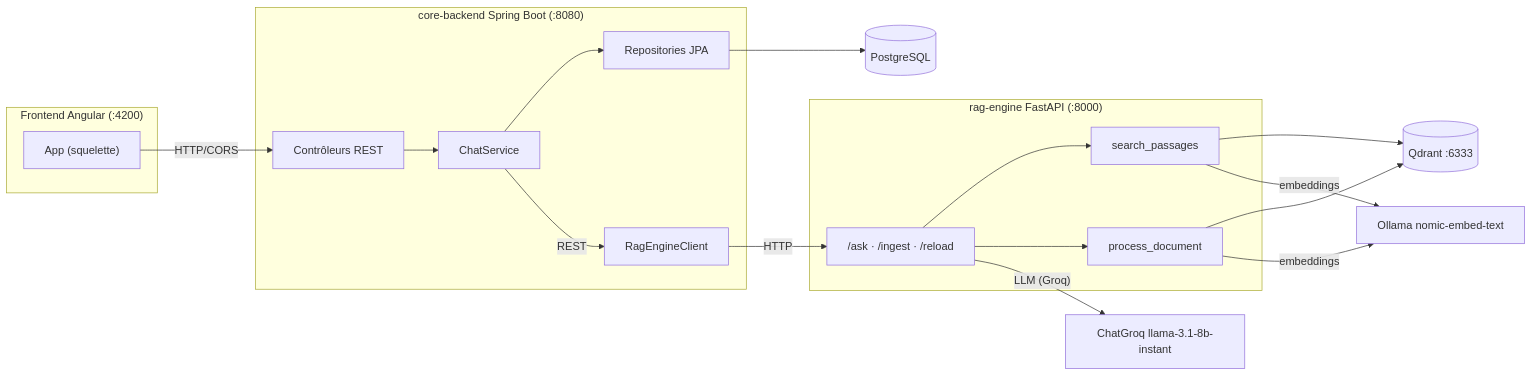
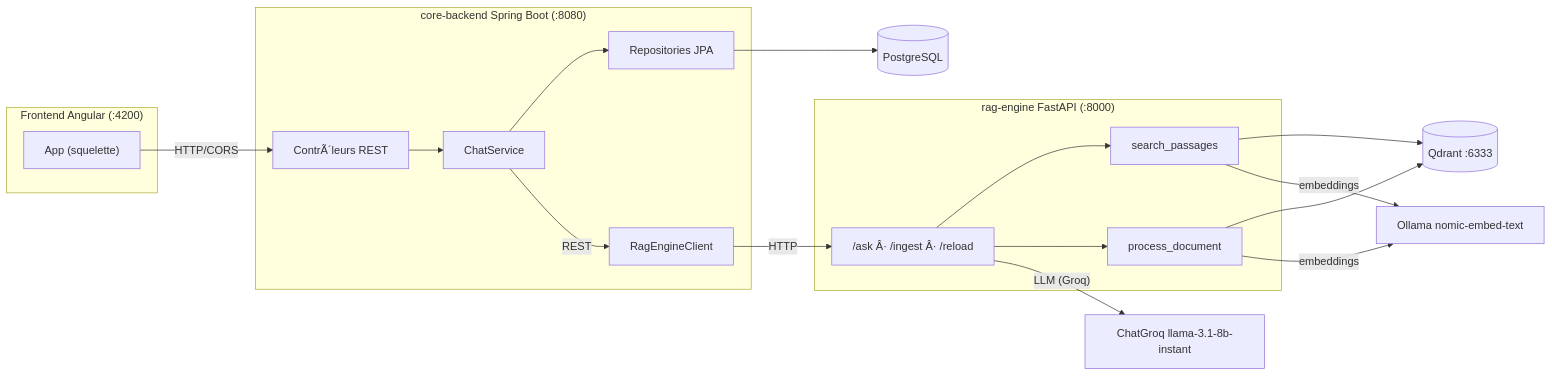
The first of 5 diagrams in DOCUMENTATION.md (chahmed12/enterprise-rag-assistant), drawn with Mermaid before and after one commit. The commit also changed other lines of this file and 42 other files, not shown here.

````diff
--- a/DOCUMENTATION.md
+++ b/DOCUMENTATION.md
@@ -41,33 +41,33 @@
 ```mermaid
 flowchart LR
     subgraph FE["Frontend Angular (:4200)"]
         APP["App (squelette)"]
     end
 
     subgraph BE["core-backend Spring Boot (:8080)"]
-        CTRL["Contrôleurs REST"]
+        CTRL["ContrÃ´leurs REST"]
         SVC["ChatService"]
         REPO["Repositories JPA"]
         CLIENT["RagEngineClient"]
     end
 
     subgraph RE["rag-engine FastAPI (:8000)"]
-        API["/ask · /ingest · /reload"]
+        API["/ask Â· /ingest Â· /reload"]
         PRO["process_document"]
         RET["search_passages"]
     end
 
     PG[(PostgreSQL)]
     QD[(Qdrant :6333)]
 
     APP -- HTTP/CORS --> CTRL
     CTRL --> SVC
     SVC --> REPO --> PG
     SVC -- REST --> CLIENT
     CLIENT -- HTTP --> API
     API --> RET --> QD
     API --> PRO --> QD
     API -- "LLM (Groq)" --> LLM["ChatGroq llama-3.1-8b-instant"]
     PRO -- "embeddings" --> EM["Ollama nomic-embed-text"]
     RET -- "embeddings" --> EM
 ```
````
